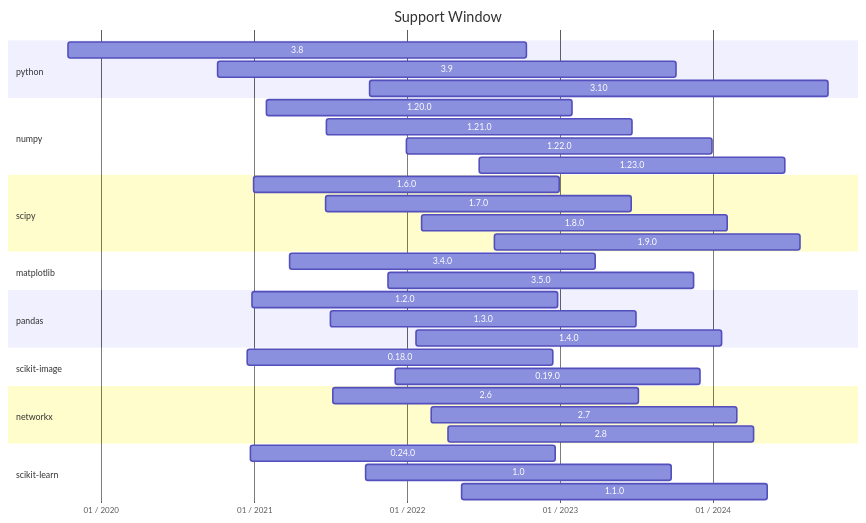
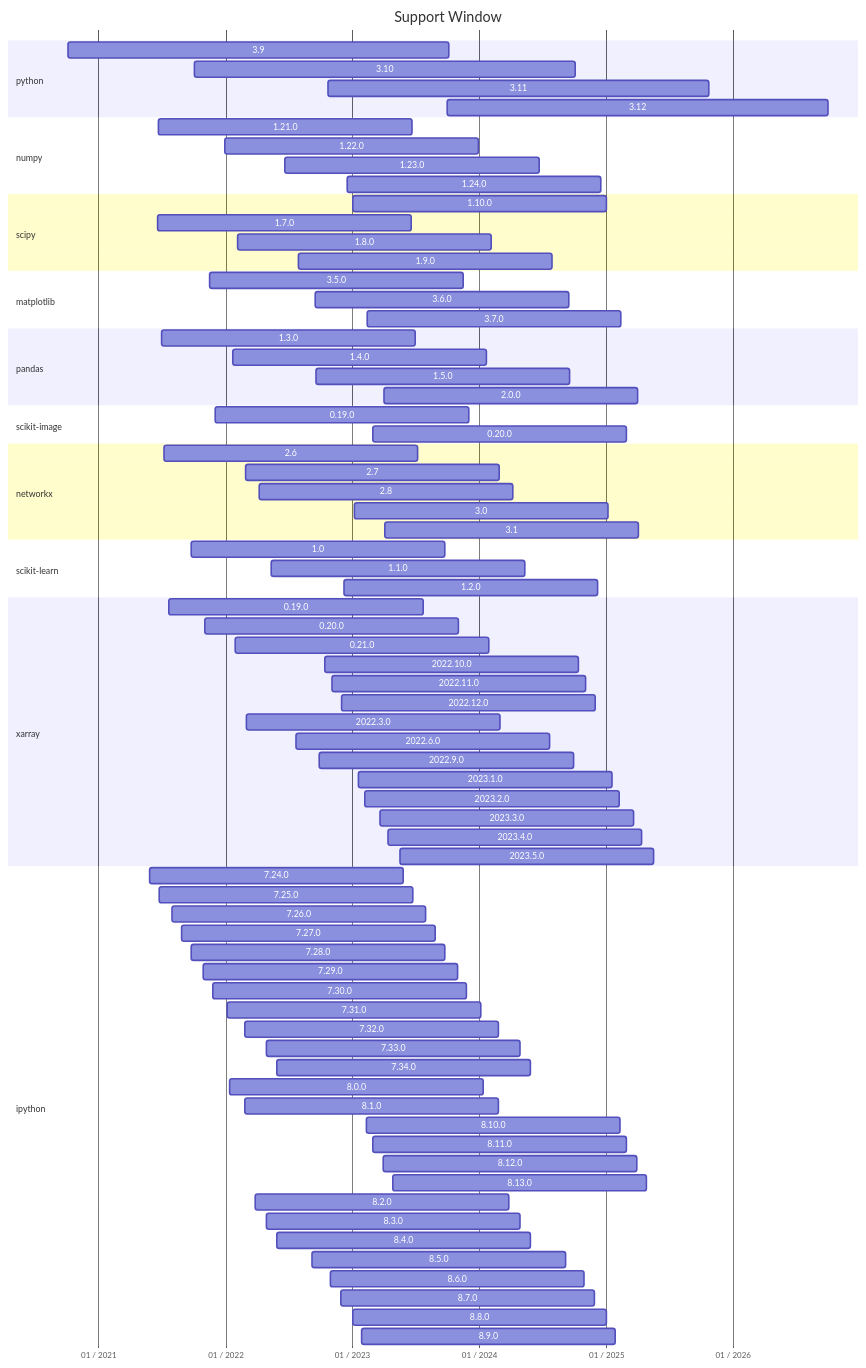
Before and after one commit to scientific-python/specs: the diagram in spec-0000/index.md, drawn with Mermaid. The commit also changed other lines of this file, not shown here.

```diff
--- a/spec-0000/index.md
+++ b/spec-0000/index.md
@@ -30,42 +30,90 @@
 
 
 section python
-3.8  :     2019-10-14,2022-10-13
 3.9  :     2020-10-05,2023-10-05
 3.10  :     2021-10-04,2024-10-03
+3.11  :     2022-10-24,2025-10-23
+3.12  :     2023-10-02,2026-10-01
 
 section numpy
-1.20.0  :     2021-01-30,2023-01-30
 1.21.0  :     2021-06-22,2023-06-22
 1.22.0  :     2021-12-31,2023-12-31
 1.23.0  :     2022-06-22,2024-06-21
+1.24.0  :     2022-12-18,2024-12-17
 
 section scipy
-1.6.0  :     2020-12-31,2022-12-31
+1.10.0  :     2023-01-03,2025-01-02
 1.7.0  :     2021-06-20,2023-06-20
 1.8.0  :     2022-02-05,2024-02-05
 1.9.0  :     2022-07-29,2024-07-28
 
 section matplotlib
-3.4.0  :     2021-03-26,2023-03-26
 3.5.0  :     2021-11-16,2023-11-16
+3.6.0  :     2022-09-16,2024-09-15
+3.7.0  :     2023-02-13,2025-02-12
 
 section pandas
-1.2.0  :     2020-12-26,2022-12-26
 1.3.0  :     2021-07-02,2023-07-02
 1.4.0  :     2022-01-22,2024-01-22
+1.5.0  :     2022-09-19,2024-09-18
+2.0.0  :     2023-04-03,2025-04-02
 
 section scikit-image
-0.18.0  :     2020-12-15,2022-12-15
 0.19.0  :     2021-12-03,2023-12-03
+0.20.0  :     2023-02-28,2025-02-27
 
 section networkx
 2.6  :     2021-07-08,2023-07-08
 2.7  :     2022-02-28,2024-02-28
 2.8  :     2022-04-09,2024-04-08
+3.0  :     2023-01-08,2025-01-07
+3.1  :     2023-04-04,2025-04-03
 
 section scikit-learn
-0.24.0  :     2020-12-22,2022-12-22
 1.0  :     2021-09-24,2023-09-24
 1.1.0  :     2022-05-12,2024-05-11
+1.2.0  :     2022-12-08,2024-12-07
+
+section xarray
+0.19.0  :     2021-07-23,2023-07-23
+0.20.0  :     2021-11-02,2023-11-02
+0.21.0  :     2022-01-28,2024-01-28
+2022.10.0  :     2022-10-13,2024-10-12
+2022.11.0  :     2022-11-04,2024-11-03
+2022.12.0  :     2022-12-02,2024-12-01
+2022.3.0  :     2022-03-02,2024-03-01
+2022.6.0  :     2022-07-22,2024-07-21
+2022.9.0  :     2022-09-29,2024-09-28
+2023.1.0  :     2023-01-18,2025-01-17
+2023.2.0  :     2023-02-07,2025-02-06
+2023.3.0  :     2023-03-22,2025-03-21
+2023.4.0  :     2023-04-14,2025-04-13
+2023.5.0  :     2023-05-19,2025-05-18
+
+section ipython
+7.24.0  :     2021-05-28,2023-05-28
+7.25.0  :     2021-06-25,2023-06-25
+7.26.0  :     2021-08-01,2023-08-01
+7.27.0  :     2021-08-27,2023-08-27
+7.28.0  :     2021-09-25,2023-09-25
+7.29.0  :     2021-10-30,2023-10-30
+7.30.0  :     2021-11-26,2023-11-26
+7.31.0  :     2022-01-05,2024-01-05
+7.32.0  :     2022-02-25,2024-02-25
+7.33.0  :     2022-04-29,2024-04-28
+7.34.0  :     2022-05-28,2024-05-27
+8.0.0  :     2022-01-12,2024-01-12
+8.1.0  :     2022-02-25,2024-02-25
+8.10.0  :     2023-02-10,2025-02-09
+8.11.0  :     2023-02-28,2025-02-27
+8.12.0  :     2023-03-30,2025-03-29
+8.13.0  :     2023-04-28,2025-04-27
+8.2.0  :     2022-03-27,2024-03-26
+8.3.0  :     2022-04-29,2024-04-28
+8.4.0  :     2022-05-28,2024-05-27
+8.5.0  :     2022-09-06,2024-09-05
+8.6.0  :     2022-10-30,2024-10-29
+8.7.0  :     2022-11-28,2024-11-27
+8.8.0  :     2023-01-03,2025-01-02
+8.9.0  :     2023-01-27,2025-01-26
 {{</mermaid>}}
```
